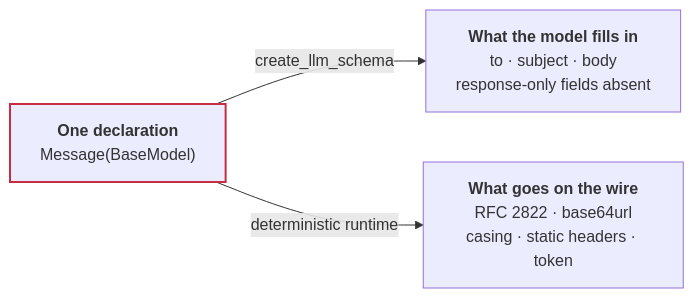
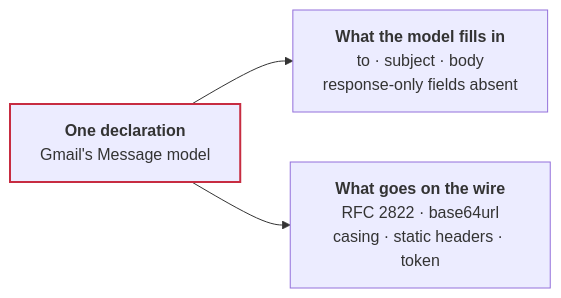
One commit to r28ai/charter changed the diagram in docs/index.mdx. Above: the diagram before and after it, drawn with Mermaid. The commit also changed other lines of this file and 4 other files, not shown here.

````diff
--- a/docs/index.mdx
+++ b/docs/index.mdx
@@ -134,10 +26,10 @@
 ```mermaid
 flowchart LR
-    D["<b>One declaration</b><br/>Message(BaseModel)"]
+    D["<b>One declaration</b><br/>Gmail's Message model"]
     L["<b>What the model fills in</b><br/>to · subject · body<br/>response-only fields absent"]
     W["<b>What goes on the wire</b><br/>RFC 2822 · base64url<br/>casing · static headers · token"]
-    D -->|create_llm_schema| L
-    D -->|deterministic runtime| W
+    D --> L
+    D --> W
     class D decl
     classDef decl stroke:#C72C41,stroke-width:2px
 ```
````
